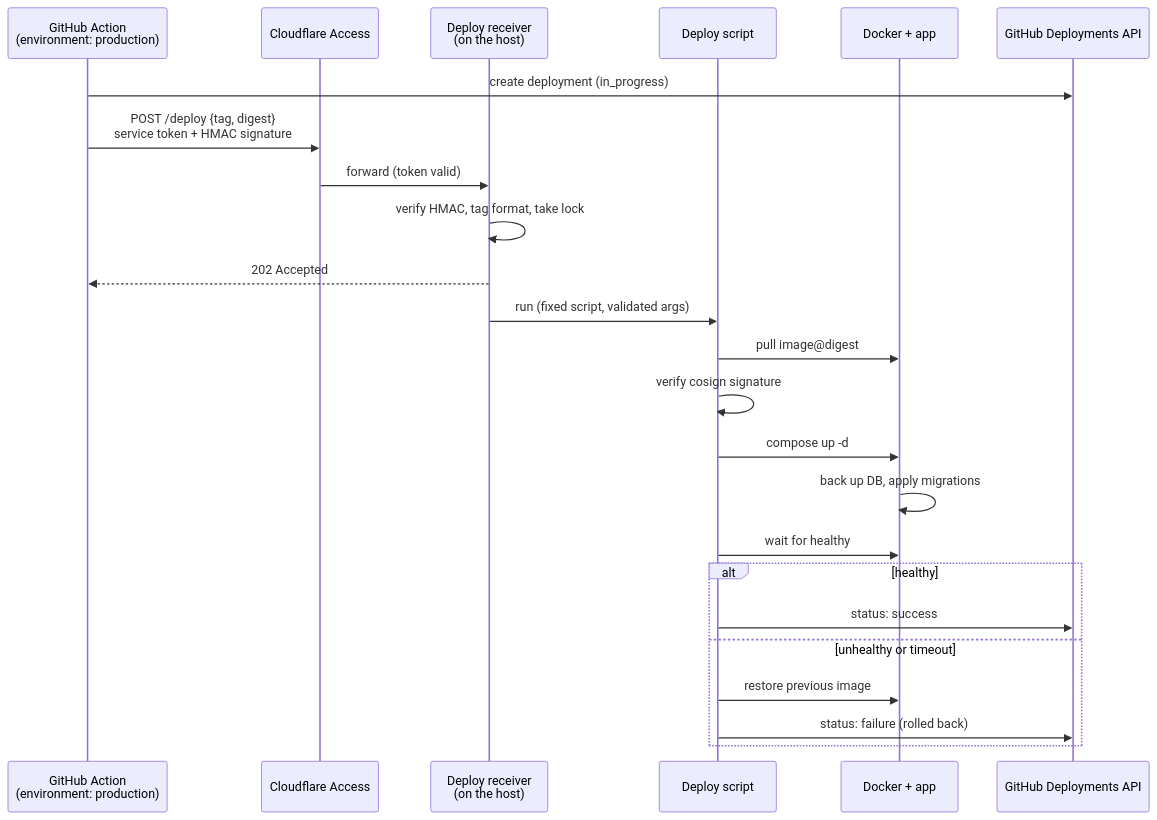
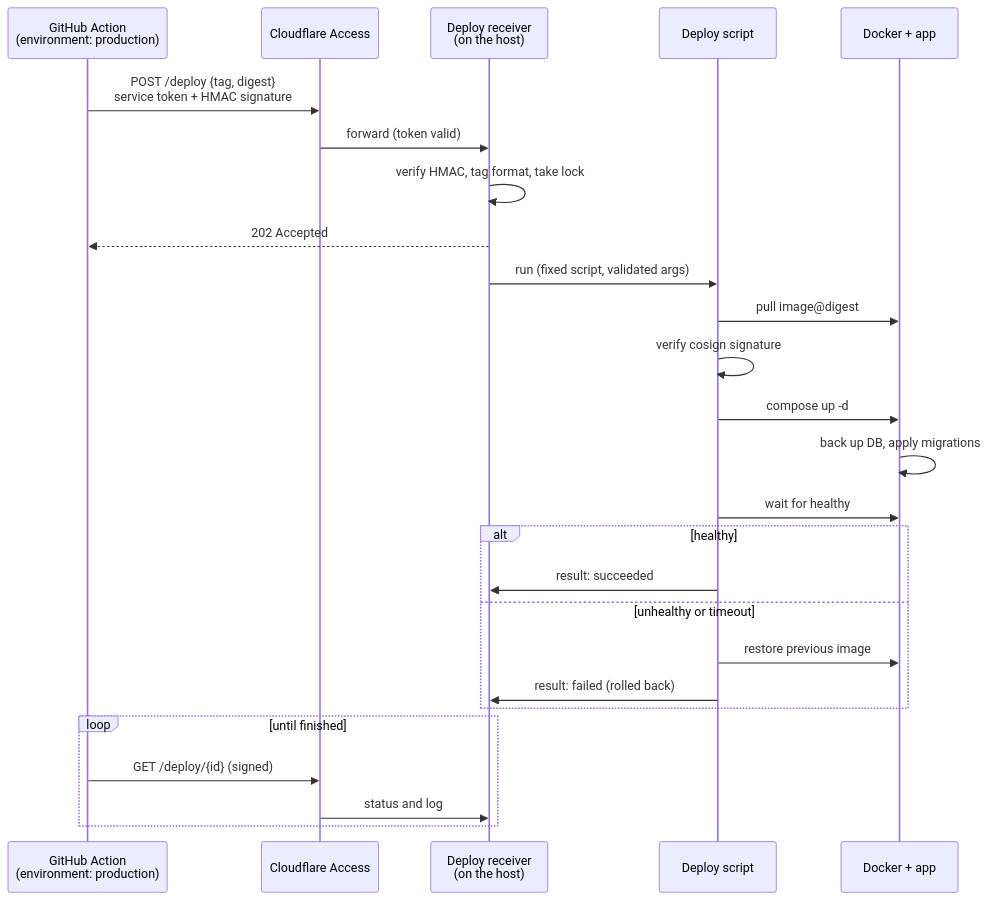
Before and after one commit to mlh5599/muddys-music-cafe: the second of 2 diagrams in docs/deployment.md, drawn with Mermaid. The commit also changed other lines of this file, not shown here.

First line of the commit message:
Update deployment doc to the as-built pipeline

````diff
--- a/docs/deployment.md
+++ b/docs/deployment.md
@@ -74,27 +74,29 @@
 ```mermaid
 sequenceDiagram
     participant GH as GitHub Action<br/>(environment: production)
     participant CF as Cloudflare Access
     participant R as Deploy receiver<br/>(on the host)
     participant S as Deploy script
     participant D as Docker + app
-    participant API as GitHub Deployments API
 
-    GH->>API: create deployment (in_progress)
     GH->>CF: POST /deploy {tag, digest}<br/>service token + HMAC signature
     CF->>R: forward (token valid)
     R->>R: verify HMAC, tag format, take lock
     R-->>GH: 202 Accepted
     R->>S: run (fixed script, validated args)
     S->>D: pull image@digest
     S->>S: verify cosign signature
     S->>D: compose up -d
     D->>D: back up DB, apply migrations
     S->>D: wait for healthy
     alt healthy
-        S->>API: status: success
+        S->>R: result: succeeded
     else unhealthy or timeout
         S->>D: restore previous image
-        S->>API: status: failure (rolled back)
+        S->>R: result: failed (rolled back)
+    end
+    loop until finished
+        GH->>CF: GET /deploy/{id} (signed)
+        CF->>R: status and log
     end
 ```
````
